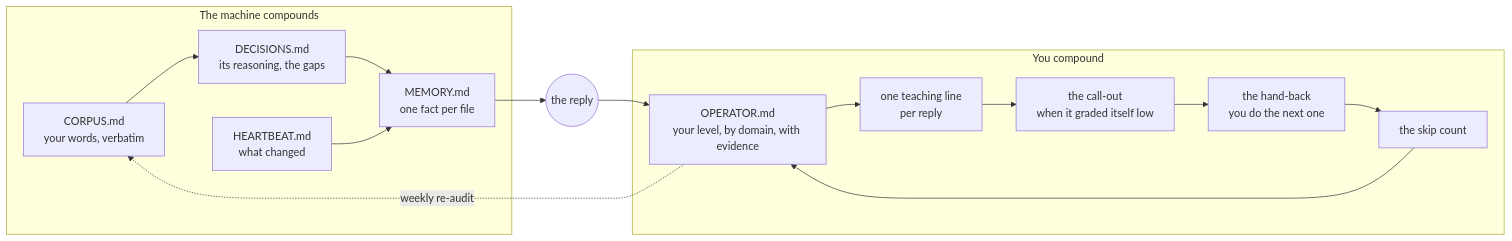
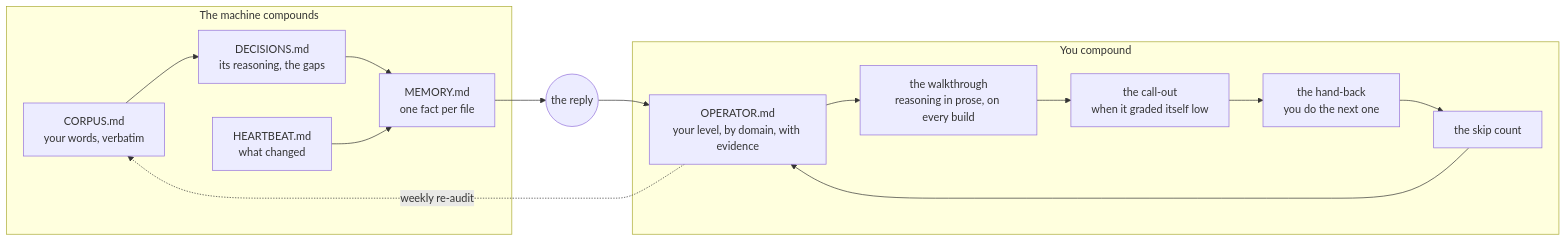
Before and after one commit to EddyRLora/optimize-the-human: the diagram in README.md, drawn with Mermaid. The commit also changed other lines of this file and 27 other files, not shown here.

Commit message:
Layer one: the brain. Vault builder, starter CLAUDE.md, nine SOPs, hooks, MCP list, /setup; the walkthrough replaces the one-line rule

````diff
--- a/README.md
+++ b/README.md
@@ -48,18 +66,18 @@
 ```mermaid
 flowchart LR
     subgraph M[The machine compounds]
         C[CORPUS.md<br/>your words, verbatim] --> D[DECISIONS.md<br/>its reasoning, the gaps]
         D --> MEM[MEMORY.md<br/>one fact per file]
         H[HEARTBEAT.md<br/>what changed] --> MEM
     end
     subgraph Y[You compound]
-        O[OPERATOR.md<br/>your level, by domain, with evidence] --> T[one teaching line<br/>per reply]
+        O[OPERATOR.md<br/>your level, by domain, with evidence] --> T[the walkthrough<br/>reasoning in prose, on every build]
         T --> K[the call-out<br/>when it graded itself low]
         K --> HB[the hand-back<br/>you do the next one]
         HB --> S[the skip count]
         S --> O
     end
     MEM --> REPLY((the reply))
     REPLY --> O
     O -.weekly re-audit.-> C
 ```
````
